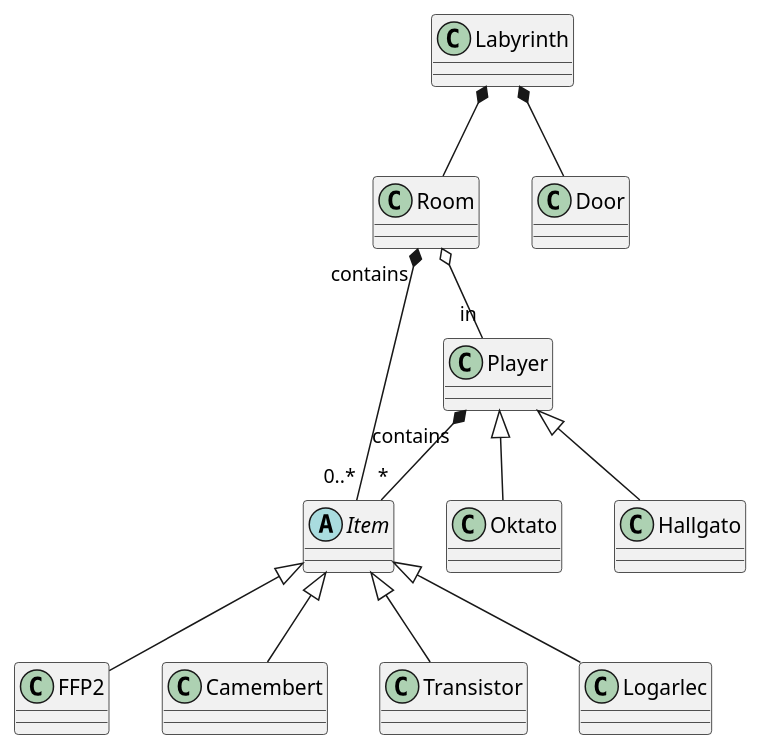
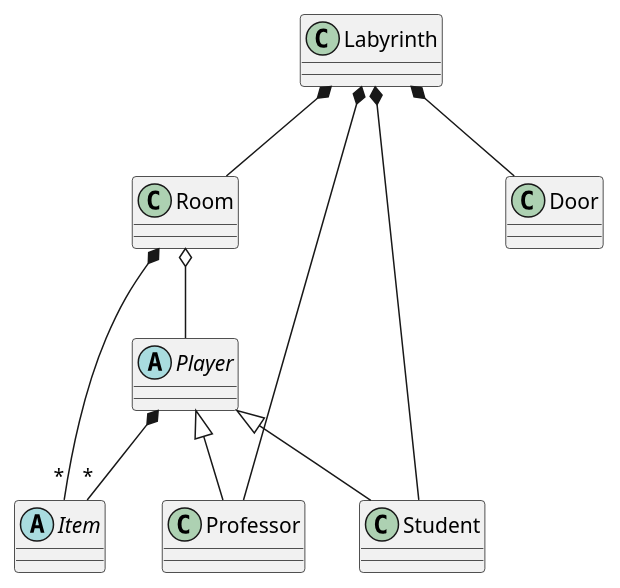
The diagram in docs/classdiagram.puml (jajecnikmarci/ProjLab), drawn with PlantUML before and after one commit. The commit also changed 5 other files, not shown here.

Commit message:
UML Diagrams

```diff
--- a/docs/classdiagram.puml
+++ b/docs/classdiagram.puml
@@ -1,38 +1,38 @@
 @startuml Main 
 ' !theme cerulean-outline
 
 
-class Labyrinth
+class Labyrinth {
+
+}
 class Room {
 }
 class Door {
 }
+Labyrinth *-- Room
 Labyrinth *-- Door
-Labyrinth *-- Room
-
-
 
 abstract Item {
 
 }
-class FFP2 extends Item {}
-class Camembert extends Item {}
-class Transistor extends Item {}
-class Logarlec extends Item {}
 
+abstract Player {
 
-class Player {}
-class Oktato extends Player {}
-class Hallgato extends Player {}
+}
+class Professor extends Player {}
+class Student extends Player {}
 
 ' Relationships
 
-Room "contains" *-- "0..*" Item
-Player "contains" *-- "*" Item
+Room *-- "*" Item
+Player  *-- "*" Item
 
-Room o-- "in" Player
+Labyrinth *-- Professor
+Labyrinth *--    Student
+
+Room o--  Player
 
 
 
 
 @enduml
```
